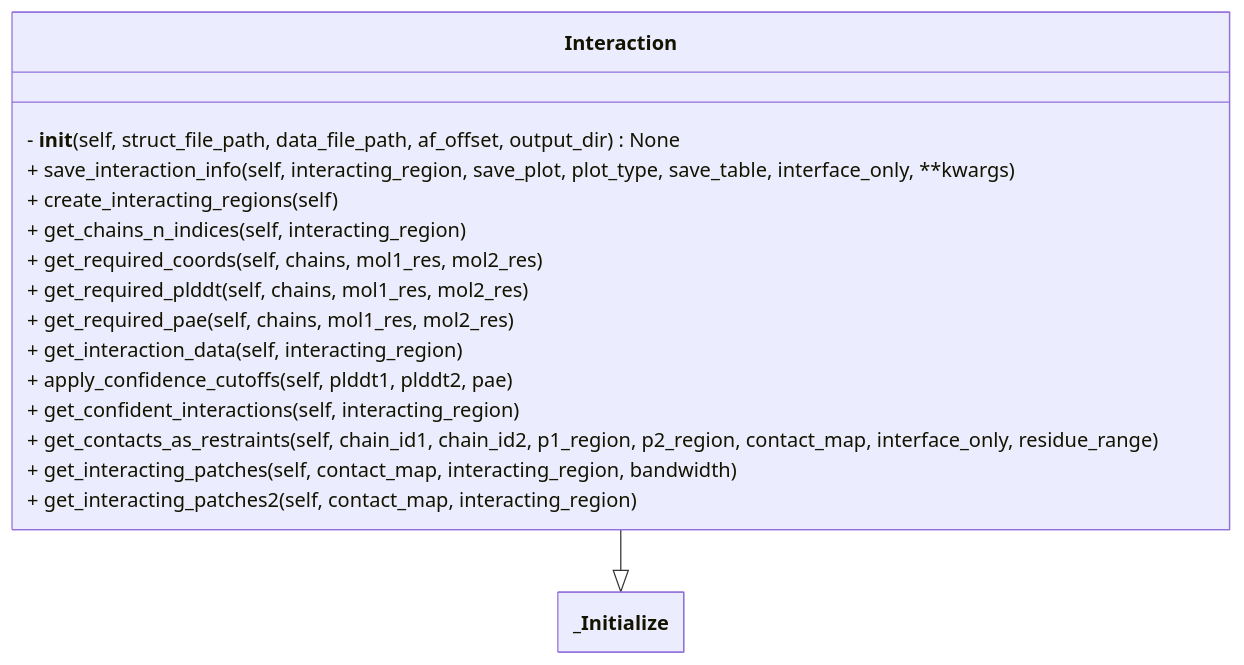
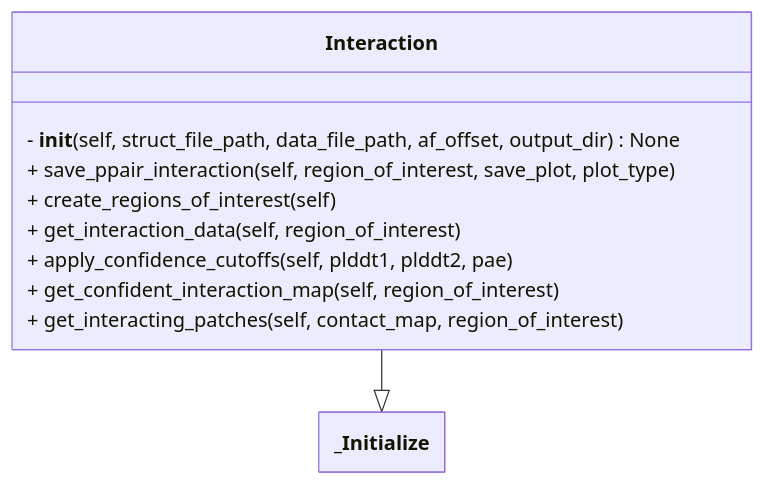
One commit to isblab/IMP_Toolbox changed the third of 3 diagrams in af_pipeline/README.md. Above: the diagram before and after it, drawn with Mermaid. The commit also changed other lines of this file, not shown here.

Commit message:
updated sequence diagrams in readme

````diff
--- a/af_pipeline/README.md
+++ b/af_pipeline/README.md
@@ -284,26 +283,21 @@
 ```mermaid
 ---
 config:
     class:
         hideEmptyMembersBox: true
 ---
 classDiagram
     class Interaction {
         - __init__(self, struct_file_path, data_file_path, af_offset, output_dir) None
-        + save_interaction_info(self, interacting_region, save_plot, plot_type, save_table, interface_only, **kwargs)
-        + create_interacting_regions(self)
-        + get_chains_n_indices(self, interacting_region)
-        + get_required_coords(self, chains, mol1_res, mol2_res)
-        + get_required_plddt(self, chains, mol1_res, mol2_res)
-        + get_required_pae(self, chains, mol1_res, mol2_res)
-        + get_interaction_data(self, interacting_region)
+        + save_ppair_interaction(self, region_of_interest, save_plot, plot_type)
+        + create_regions_of_interest(self)
+        + get_interaction_data(self, region_of_interest)
         + apply_confidence_cutoffs(self, plddt1, plddt2, pae)
-        + get_confident_interactions(self, interacting_region)
-        + get_contacts_as_restraints(self, chain_id1, chain_id2, p1_region, p2_region, contact_map, interface_only, residue_range)
-        + get_interacting_patches(self, contact_map, interacting_region, bandwidth)
-        + get_interacting_patches2(self, contact_map, interacting_region)
+        + get_confident_interaction_map(self, region_of_interest)
+        + get_interacting_patches(self, contact_map, region_of_interest)
     }
+
 
   Interaction --|> _Initialize
 
 ```
````
